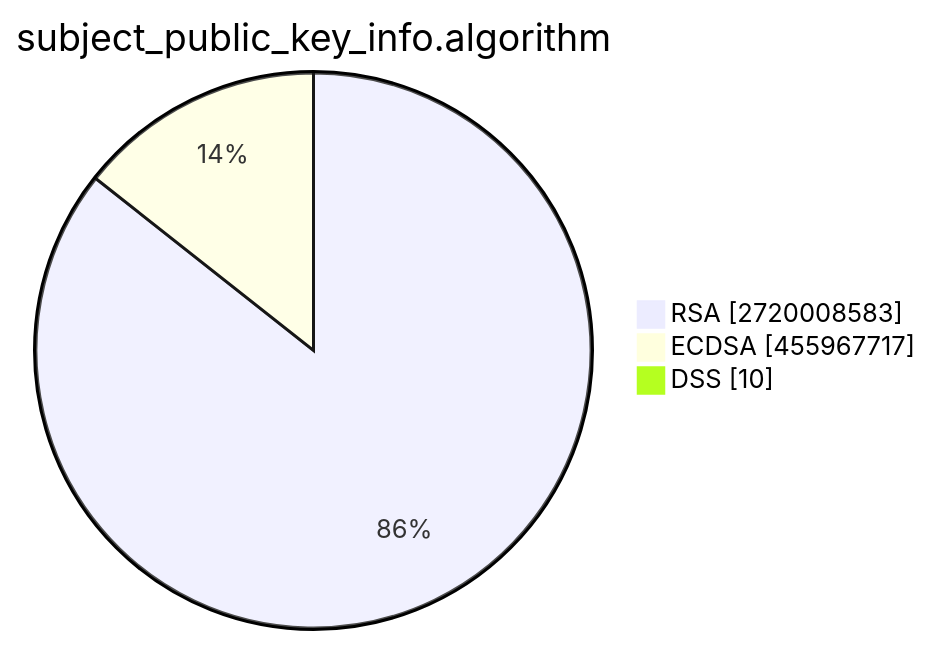
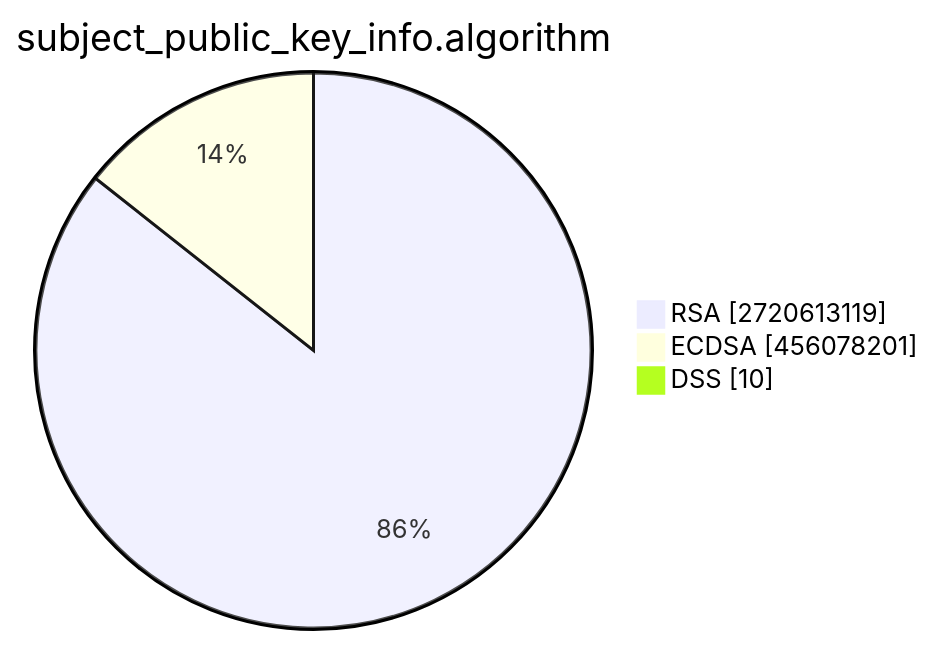
Before and after one commit to christiankrug/ctmonitor_visualization: the second of 15 diagrams in TOTAL/README.md, drawn with Mermaid. The commit also changed other lines of this file, not shown here.

````diff
--- a/TOTAL/README.md
+++ b/TOTAL/README.md
@@ -6,7 +6,7 @@
 ```mermaid
 pie showData
 title subject_public_key_info.algorithm
-"RSA" :2720008583
-"ECDSA" :455967717
+"RSA" :2720613119
+"ECDSA" :456078201
 "DSS" :10
 ```
````
